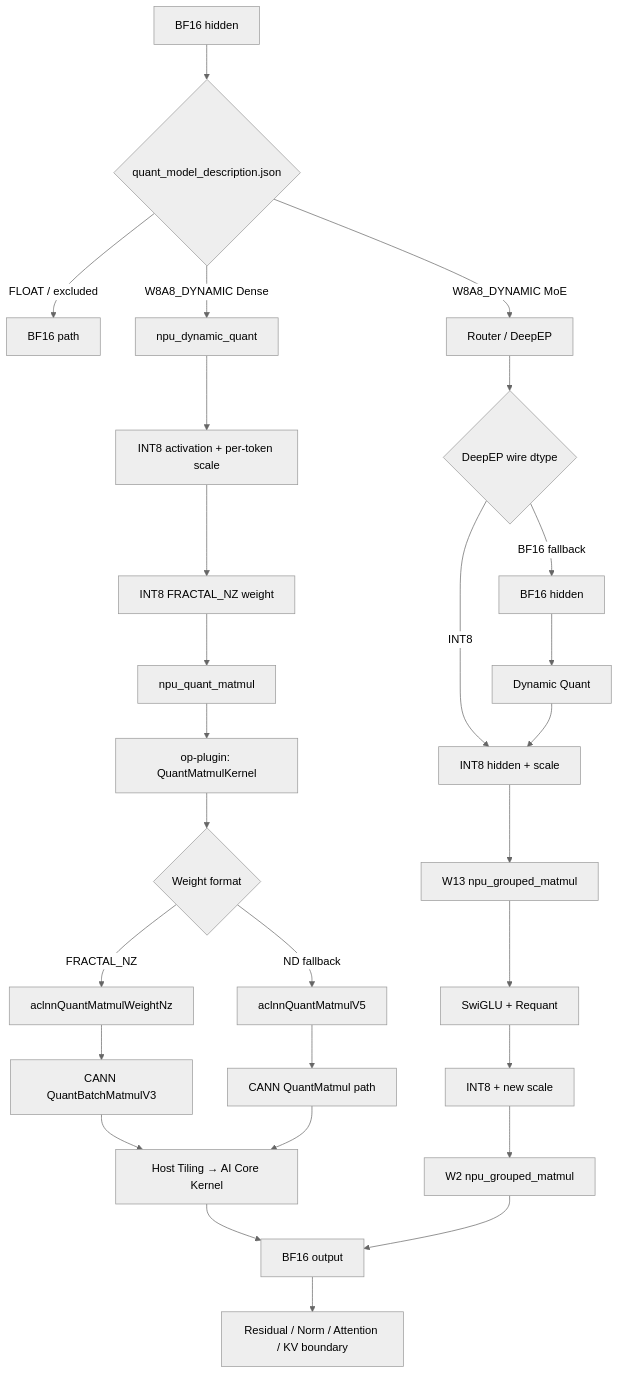
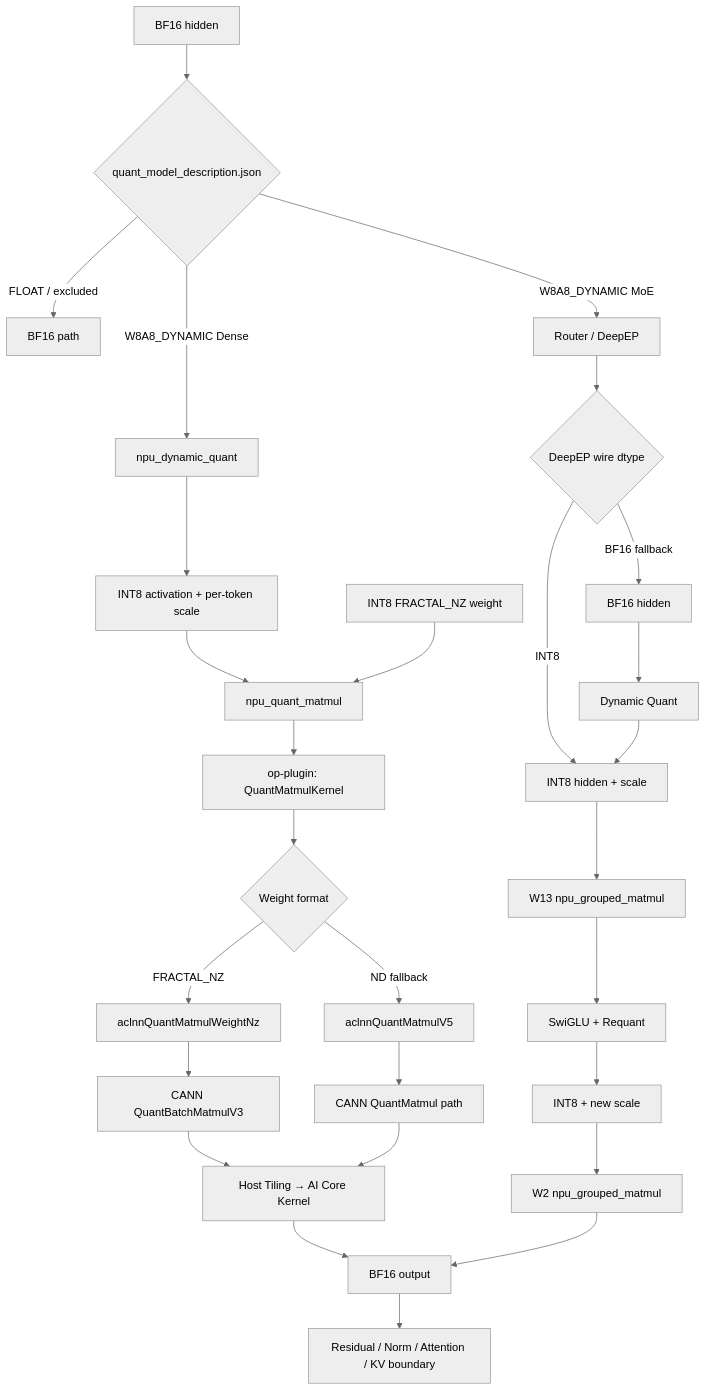
Before and after one commit to AkiYangDev/llm-inference-notes: the second of 2 diagrams in docs/ascend/deepseek-v4-w8a8-ascend-910c.md, drawn with Mermaid (neutral theme). The commit also changed other lines of this file and 28 other files, not shown here.

````diff
--- a/docs/ascend/deepseek-v4-w8a8-ascend-910c.md
+++ b/docs/ascend/deepseek-v4-w8a8-ascend-910c.md
@@ -1222,36 +1220,36 @@
 ```mermaid
 flowchart TD
     A["BF16 hidden"]
 
     A --> B{"quant_model_description.json"}
 
     B -->|"FLOAT / excluded"| C["BF16 path"]
 
     B -->|"W8A8_DYNAMIC Dense"| D["npu_dynamic_quant"]
     D --> E["INT8 activation + per-token scale"]
-    E --> F["INT8 FRACTAL_NZ weight"]
-    F --> G["npu_quant_matmul"]
+    E --> G["npu_quant_matmul"]
+    F["INT8 FRACTAL_NZ weight"] --> G
     G --> H["op-plugin: QuantMatmulKernel"]
     H --> I{"Weight format"}
     I -->|"FRACTAL_NZ"| J["aclnnQuantMatmulWeightNz"]
     I -->|"ND fallback"| K["aclnnQuantMatmulV5"]
     J --> L["CANN QuantBatchMatmulV3"]
     K --> M["CANN QuantMatmul path"]
     L --> N["Host Tiling → AI Core Kernel"]
     M --> N
     N --> O["BF16 output"]
 
     B -->|"W8A8_DYNAMIC MoE"| P["Router / DeepEP"]
     P --> Q{"DeepEP wire dtype"}
     Q -->|"INT8"| R["INT8 hidden + scale"]
     Q -->|"BF16 fallback"| S["BF16 hidden"]
     S --> T["Dynamic Quant"]
     T --> R
     R --> U["W13 npu_grouped_matmul"]
     U --> V["SwiGLU + Requant"]
     V --> W["INT8 + new scale"]
     W --> X["W2 npu_grouped_matmul"]
     X --> O
 
     O --> Y["Residual / Norm / Attention / KV boundary"]
 ```
````
